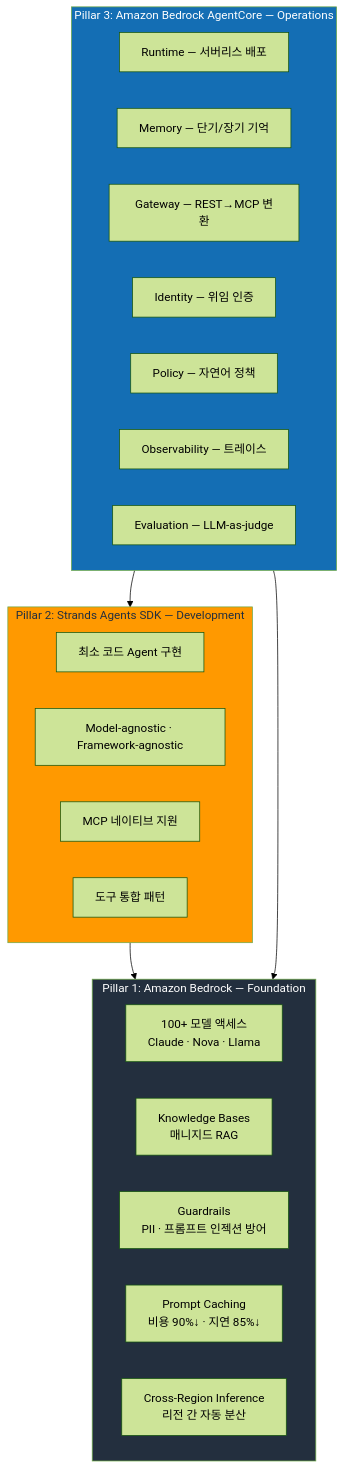
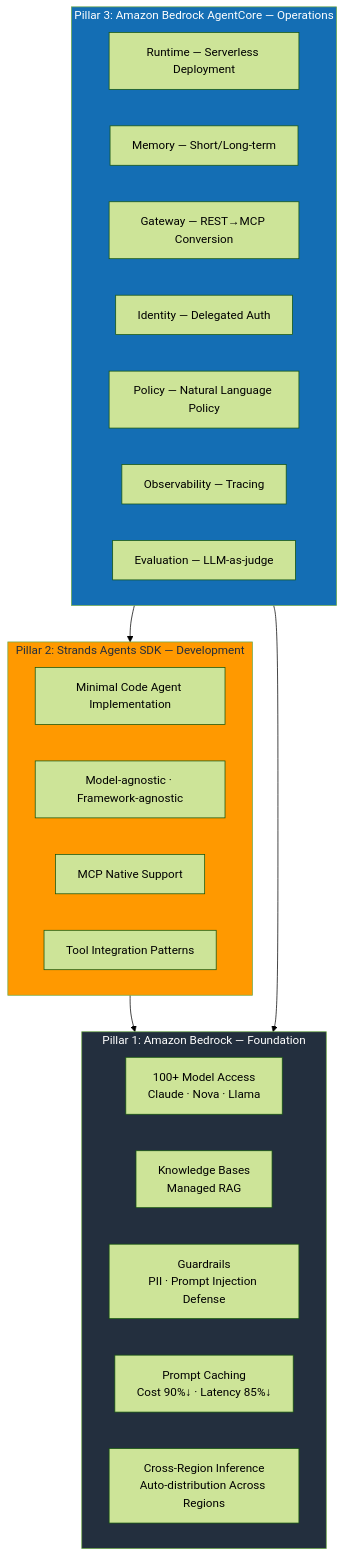
The first of 5 diagrams in i18n/en/docusaurus-plugin-content-docs/current/agentic-ai-platform/design-architecture/aws-native-agentic-platform.md (devfloor9/engineering-playbook), drawn with Mermaid (forest theme) before and after one commit. The commit also changed other lines of this file and 16 other files, not shown here.

````diff
--- a/i18n/en/docusaurus-plugin-content-docs/current/agentic-ai-platform/design-architecture/aws-native-agentic-platform.md
+++ b/i18n/en/docusaurus-plugin-content-docs/current/agentic-ai-platform/design-architecture/aws-native-agentic-platform.md
@@ -57,35 +57,35 @@
 ```mermaid
 graph TB
     subgraph Pillar1["Pillar 1: Amazon Bedrock — Foundation"]
-        B1["100+ 모델 액세스<br/>Claude · Nova · Llama"]
-        B2["Knowledge Bases<br/>매니지드 RAG"]
-        B3["Guardrails<br/>PII · 프롬프트 인젝션 방어"]
-        B4["Prompt Caching<br/>비용 90%↓ · 지연 85%↓"]
-        B5["Cross-Region Inference<br/>리전 간 자동 분산"]
+        B1["100+ Model Access<br/>Claude · Nova · Llama"]
+        B2["Knowledge Bases<br/>Managed RAG"]
+        B3["Guardrails<br/>PII · Prompt Injection Defense"]
+        B4["Prompt Caching<br/>Cost 90%↓ · Latency 85%↓"]
+        B5["Cross-Region Inference<br/>Auto-distribution Across Regions"]
     end
 
     subgraph Pillar2["Pillar 2: Strands Agents SDK — Development"]
-        S1["최소 코드 Agent 구현"]
+        S1["Minimal Code Agent Implementation"]
         S2["Model-agnostic · Framework-agnostic"]
-        S3["MCP 네이티브 지원"]
-        S4["도구 통합 패턴"]
+        S3["MCP Native Support"]
+        S4["Tool Integration Patterns"]
     end
 
     subgraph Pillar3["Pillar 3: Amazon Bedrock AgentCore — Operations"]
-        A1["Runtime — 서버리스 배포"]
-        A2["Memory — 단기/장기 기억"]
-        A3["Gateway — REST→MCP 변환"]
-        A4["Identity — 위임 인증"]
-        A5["Policy — 자연어 정책"]
-        A6["Observability — 트레이스"]
+        A1["Runtime — Serverless Deployment"]
+        A2["Memory — Short/Long-term"]
+        A3["Gateway — REST→MCP Conversion"]
+        A4["Identity — Delegated Auth"]
+        A5["Policy — Natural Language Policy"]
+        A6["Observability — Tracing"]
         A7["Evaluation — LLM-as-judge"]
     end
 
     Pillar2 --> Pillar1
     Pillar3 --> Pillar2
     Pillar3 --> Pillar1
 
     style Pillar1 fill:#232F3E,color:#fff
     style Pillar2 fill:#FF9900,color:#232F3E
     style Pillar3 fill:#146EB4,color:#fff
 ```
````
